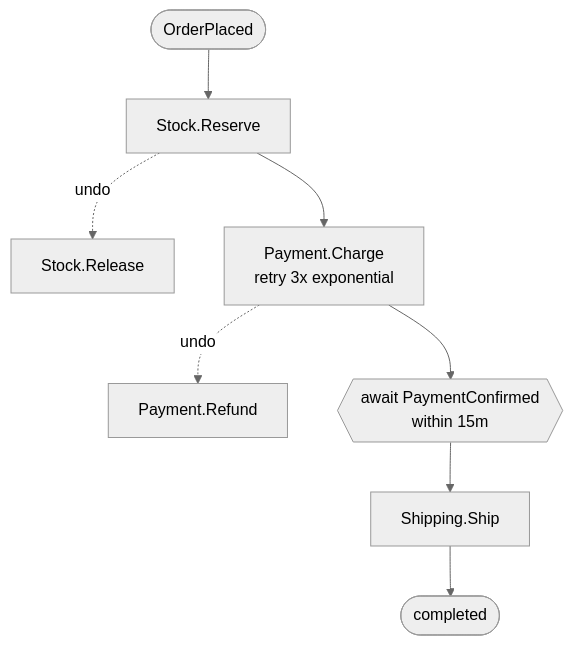
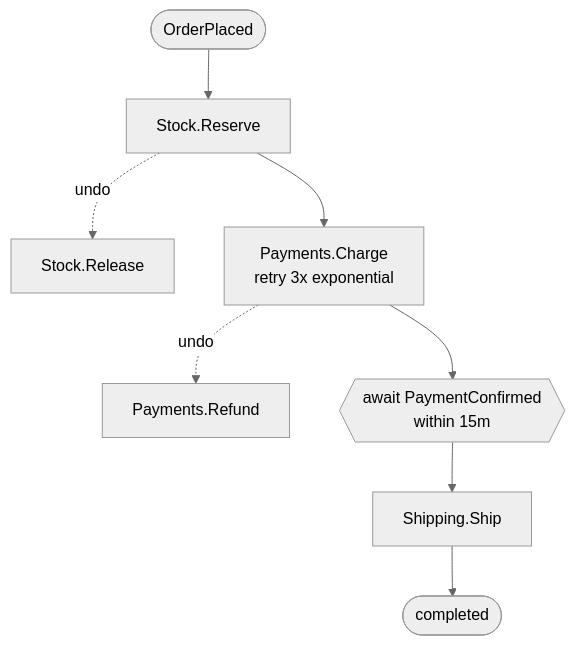
The diagram in README.md (aminch18/wyrd), drawn with Mermaid (neutral theme) before and after one commit. The commit also changed other lines of this file and 48 other files, not shown here.

````diff
--- a/README.md
+++ b/README.md
@@ -106,15 +167,15 @@
 ```mermaid
 flowchart TD
     start(["OrderPlaced"])
     n1["Stock.Reserve"]
     n1 -. undo .-> n1u["Stock.Release"]
     start --> n1
-    n2["Payment.Charge<br/>retry 3x exponential"]
-    n2 -. undo .-> n2u["Payment.Refund"]
+    n2["Payments.Charge<br/>retry 3x exponential"]
+    n2 -. undo .-> n2u["Payments.Refund"]
     n1 --> n2
     n3{{"await PaymentConfirmed<br/>within 15m"}}
     n2 --> n3
     n4["Shipping.Ship"]
     n3 --> n4
     n4 --> done(["completed"])
 ```
````
